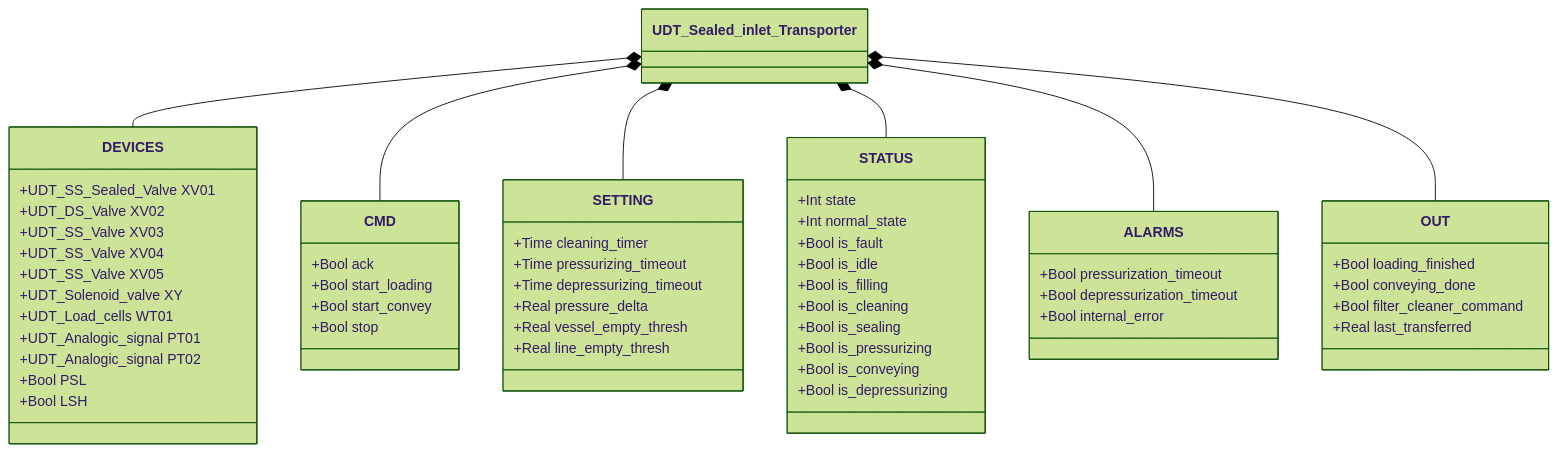
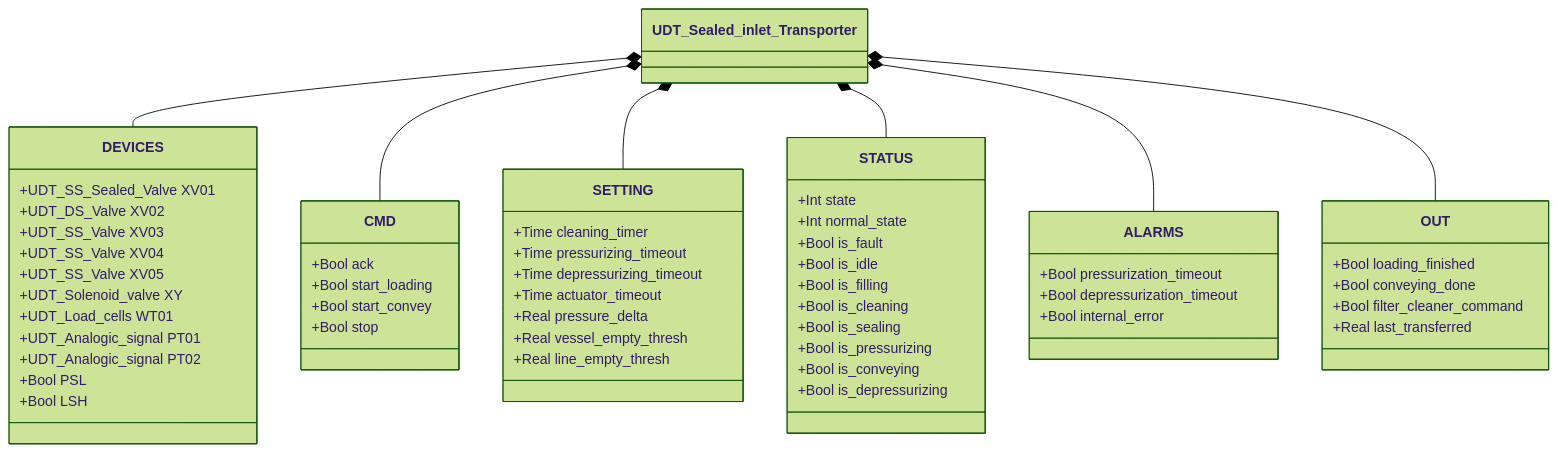
The first of 2 diagrams in docs/library/transporters/sealed-inlet/index.en.md (AleFire99/TIA_knowledge), drawn with Mermaid (forest theme) before and after one commit. The commit also changed other lines of this file and 1 other file, not shown here.

First line of the commit message:
fix: add actuator_timeout to transporter docs; fill SETTING defaults from UDT export

````diff
--- a/docs/library/transporters/sealed-inlet/index.en.md
+++ b/docs/library/transporters/sealed-inlet/index.en.md
@@ -144,60 +145,61 @@
 ```mermaid
 classDiagram
     class UDT_Sealed_inlet_Transporter
     class DEVICES {
         +UDT_SS_Sealed_Valve XV01
         +UDT_DS_Valve XV02
         +UDT_SS_Valve XV03
         +UDT_SS_Valve XV04
         +UDT_SS_Valve XV05
         +UDT_Solenoid_valve XY
         +UDT_Load_cells WT01
         +UDT_Analogic_signal PT01
         +UDT_Analogic_signal PT02
         +Bool PSL
         +Bool LSH
     }
     class CMD {
         +Bool ack
         +Bool start_loading
         +Bool start_convey
         +Bool stop
     }
     class SETTING {
         +Time cleaning_timer
         +Time pressurizing_timeout
         +Time depressurizing_timeout
+        +Time actuator_timeout
         +Real pressure_delta
         +Real vessel_empty_thresh
         +Real line_empty_thresh
     }
     class STATUS {
         +Int state
         +Int normal_state
         +Bool is_fault
         +Bool is_idle
         +Bool is_filling
         +Bool is_cleaning
         +Bool is_sealing
         +Bool is_pressurizing
         +Bool is_conveying
         +Bool is_depressurizing
     }
     class ALARMS {
         +Bool pressurization_timeout
         +Bool depressurization_timeout
         +Bool internal_error
     }
     class OUT {
         +Bool loading_finished
         +Bool conveying_done
         +Bool filter_cleaner_command
         +Real last_transferred
     }
     UDT_Sealed_inlet_Transporter *-- DEVICES
     UDT_Sealed_inlet_Transporter *-- CMD
     UDT_Sealed_inlet_Transporter *-- SETTING
     UDT_Sealed_inlet_Transporter *-- STATUS
     UDT_Sealed_inlet_Transporter *-- ALARMS
     UDT_Sealed_inlet_Transporter *-- OUT
 ```
````
